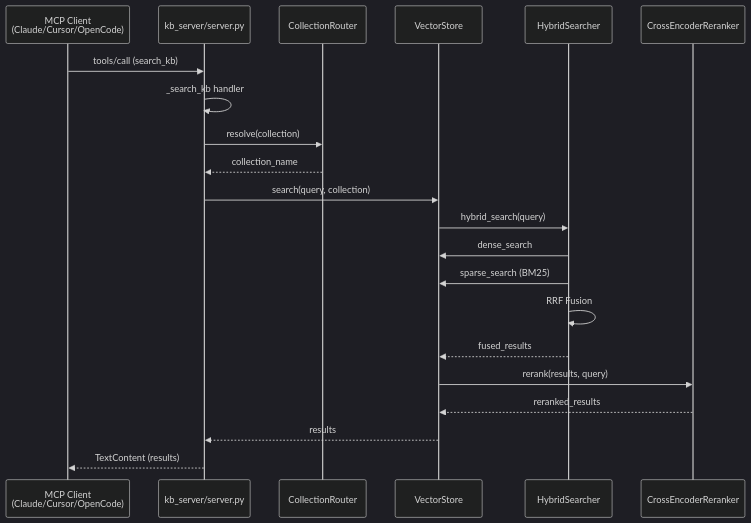
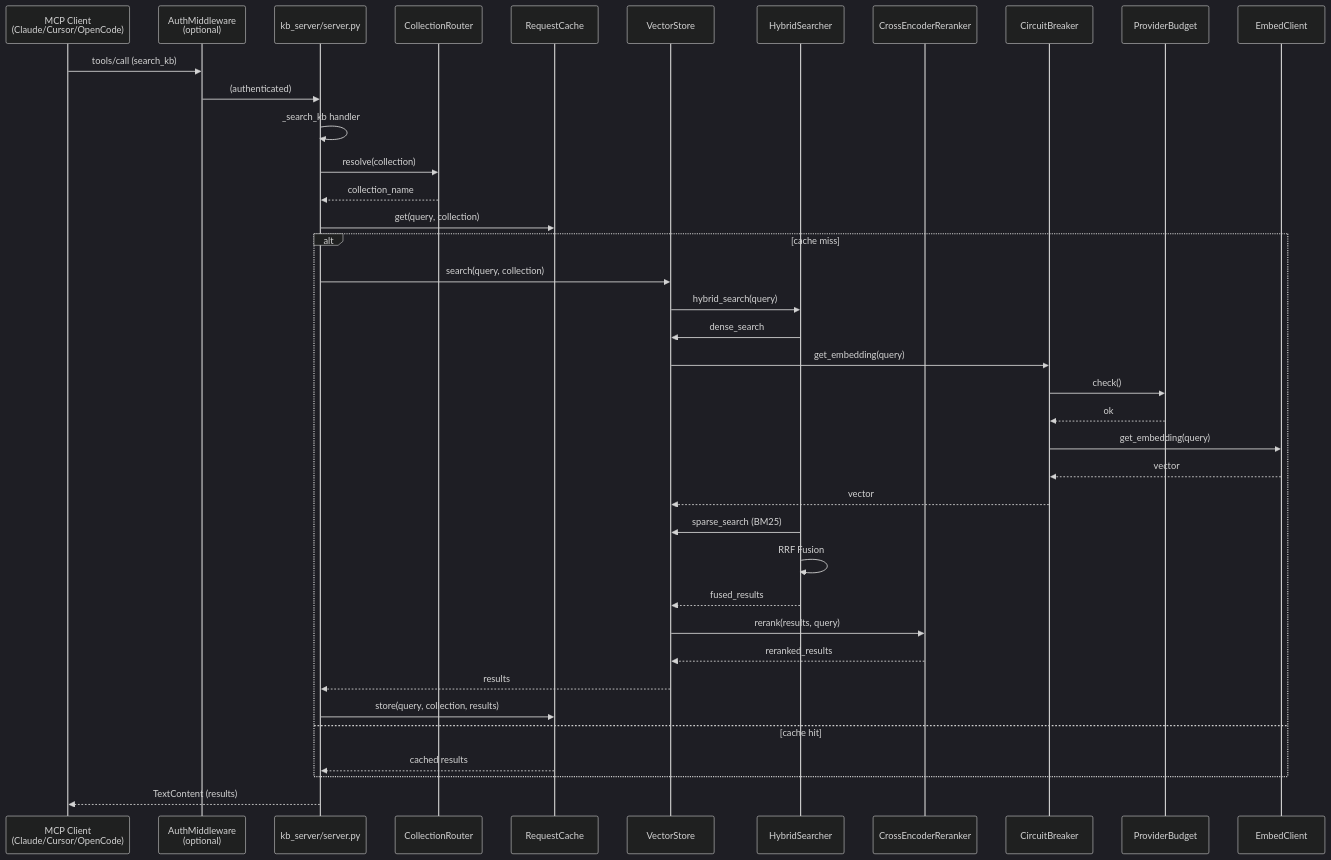
The second of 2 diagrams in docs/ARCHITECTURE.md (MrLuciano/kb-rag-mcp), drawn with Mermaid (dark theme) before and after one commit. The commit also changed other lines of this file and 13 other files, not shown here.

````diff
--- a/docs/ARCHITECTURE.md
+++ b/docs/ARCHITECTURE.md
@@ -37,24 +39,42 @@
 ```mermaid
 sequenceDiagram
     participant Client as MCP Client<br/>(Claude/Cursor/OpenCode)
+    participant Auth as AuthMiddleware<br/>(optional)
     participant Server as kb_server/server.py
     participant Router as CollectionRouter
+    participant Cache as RequestCache
     participant Store as VectorStore
     participant Hybrid as HybridSearcher
     participant Reranker as CrossEncoderReranker
+    participant Circuit as CircuitBreaker
+    participant Budget as ProviderBudget
+    participant Embed as EmbedClient
 
-    Client->>Server: tools/call (search_kb)
+    Client->>Auth: tools/call (search_kb)
+    Auth->>Server: (authenticated)
     Server->>Server: _search_kb handler
     Server->>Router: resolve(collection)
     Router-->>Server: collection_name
-    Server->>Store: search(query, collection)
-    Store->>Hybrid: hybrid_search(query)
-    Hybrid->>Store: dense_search
-    Hybrid->>Store: sparse_search (BM25)
-    Hybrid->>Hybrid: RRF Fusion
-    Hybrid-->>Store: fused_results
-    Store->>Reranker: rerank(results, query)
-    Reranker-->>Store: reranked_results
-    Store-->>Server: results
+    Server->>Cache: get(query, collection)
+    alt cache miss
+        Server->>Store: search(query, collection)
+        Store->>Hybrid: hybrid_search(query)
+        Hybrid->>Store: dense_search
+        Store->>Circuit: get_embedding(query)
+        Circuit->>Budget: check()
+        Budget-->>Circuit: ok
+        Circuit->>Embed: get_embedding(query)
+        Embed-->>Circuit: vector
+        Circuit-->>Store: vector
+        Hybrid->>Store: sparse_search (BM25)
+        Hybrid->>Hybrid: RRF Fusion
+        Hybrid-->>Store: fused_results
+        Store->>Reranker: rerank(results, query)
+        Reranker-->>Store: reranked_results
+        Store-->>Server: results
+        Server->>Cache: store(query, collection, results)
+    else cache hit
+        Cache-->>Server: cached results
+    end
     Server-->>Client: TextContent (results)
 ```
````
